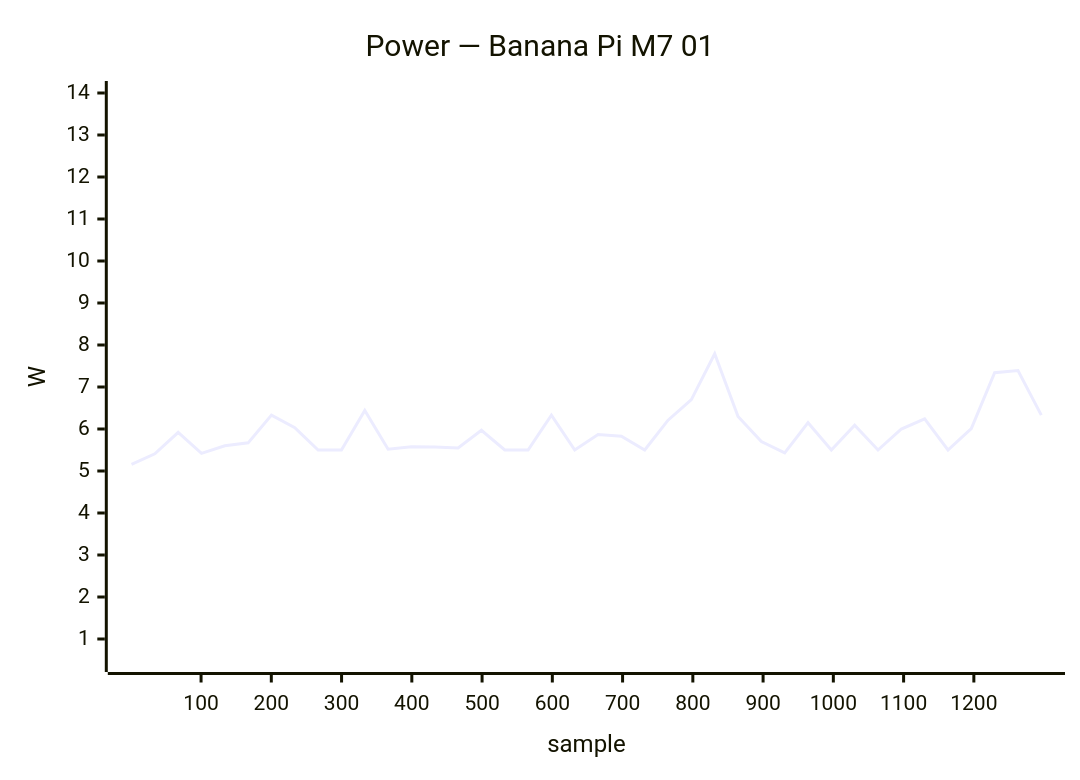
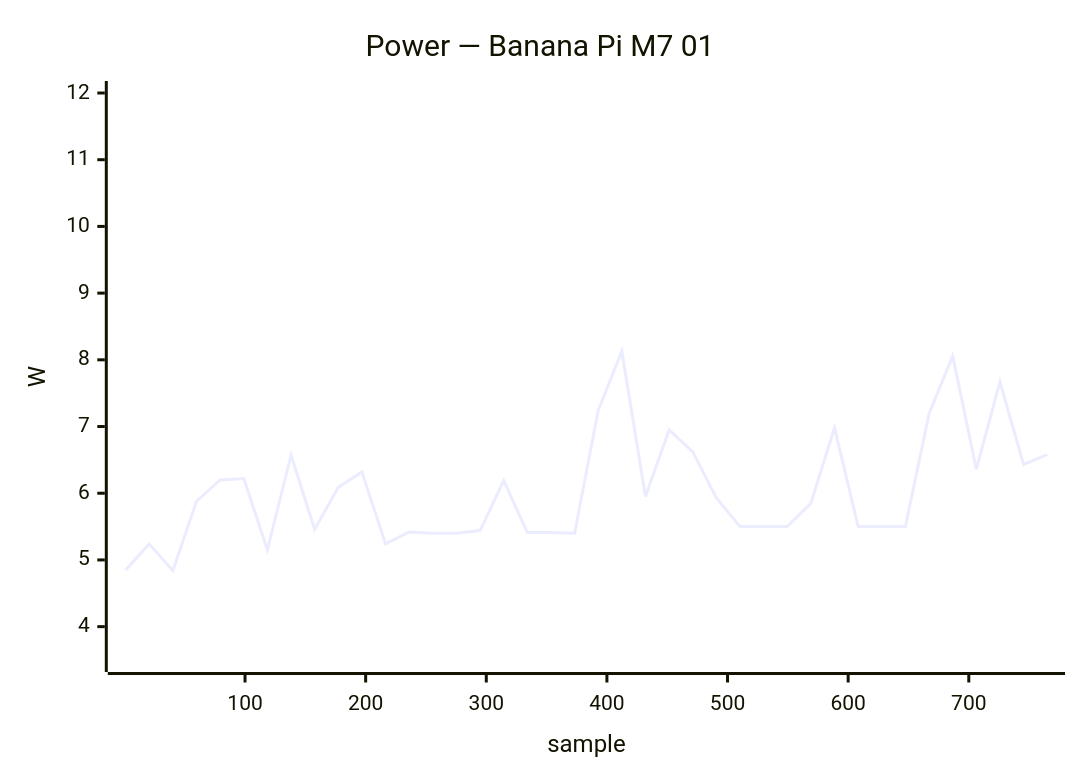
Diagram 11 of 35 in docs/status/board-tests.md (armbian/documentation), drawn with Mermaid before and after one commit. The commit also changed other lines of this file, not shown here.

````diff
--- a/docs/status/board-tests.md
+++ b/docs/status/board-tests.md
@@ -408,7 +550,7 @@
 ```mermaid
 xychart-beta
     title "Power — Banana Pi M7 01"
-    x-axis "sample" 1 --> 1296
-    y-axis "W" 0.5 --> 14.0
-    line [5.16, 5.41, 5.92, 5.42, 5.60, 5.67, 6.33, 6.03, 5.50, 5.50, 6.44, 5.52, 5.58, 5.57, 5.55, 5.97, 5.50, 5.50, 6.33, 5.50, 5.87, 5.83, 5.50, 6.21, 6.70, 7.79, 6.30, 5.70, 5.43, 6.15, 5.50, 6.09, 5.50, 6.00, 6.24, 5.50, 6.01, 7.34, 7.39, 6.33]
+    x-axis "sample" 1 --> 765
+    y-axis "W" 3.5 --> 12.0
+    line [4.85, 5.24, 4.84, 5.88, 6.20, 6.22, 5.15, 6.57, 5.46, 6.09, 6.32, 5.24, 5.42, 5.40, 5.40, 5.44, 6.19, 5.41, 5.41, 5.40, 7.24, 8.13, 5.95, 6.95, 6.62, 5.93, 5.50, 5.50, 5.50, 5.85, 6.98, 5.50, 5.50, 5.50, 7.19, 8.06, 6.36, 7.67, 6.43, 6.58]
 ```
````
